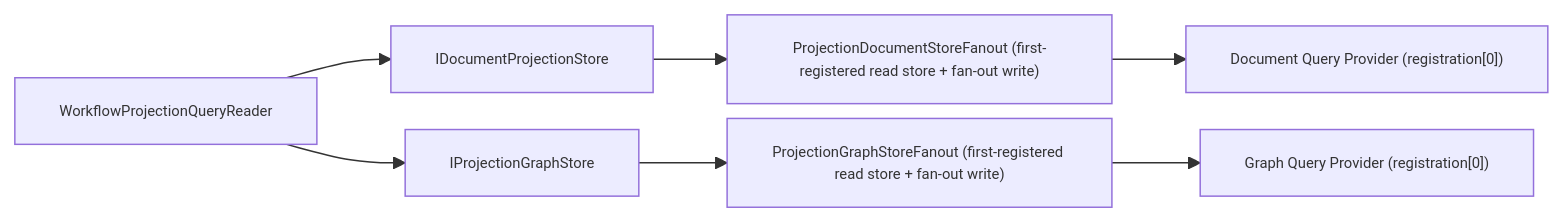
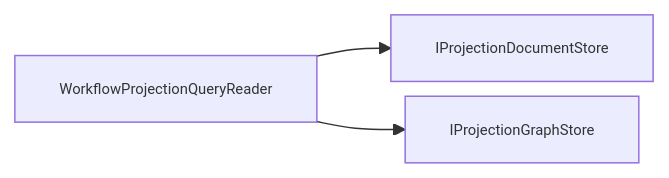
Before and after one commit to aevatarAI/aevatar: the second of 2 diagrams in docs/architecture/projection-readmodel-full-refactor-plan-2026-02-24.md, drawn with Mermaid. The commit also changed other lines of this file and 64 other files, not shown here.

First line of the commit message:
Refactor Projection Store Interfaces and Update Dependency Injection

````diff
--- a/docs/architecture/projection-readmodel-full-refactor-plan-2026-02-24.md
+++ b/docs/architecture/projection-readmodel-full-refactor-plan-2026-02-24.md
@@ -44,12 +34,6 @@
 ```mermaid
 %%{init: {"maxTextSize": 100000, "flowchart": {"useMaxWidth": false, "nodeSpacing": 10, "rankSpacing": 50}, "themeVariables": {"fontSize": "10px"}}}%%
 flowchart LR
-    Q1["WorkflowProjectionQueryReader"] --> Q2["IDocumentProjectionStore<WorkflowExecutionReport,string>"]
-    Q1 --> Q3["IProjectionGraphStore"]
-
-    Q2 --> Q4["ProjectionDocumentStoreFanout (first-registered read store + fan-out write)"]
-    Q3 --> Q5["ProjectionGraphStoreFanout (first-registered read store + fan-out write)"]
-
-    Q4 --> Q6["Document Query Provider (registration[0])"]
-    Q5 --> Q7["Graph Query Provider (registration[0])"]
+  Q["WorkflowProjectionQueryReader"] --> DQ["IProjectionDocumentStore<Get/List>"]
+  Q --> GQ["IProjectionGraphStore<GetNeighbors/GetSubgraph>"]
 ```
````
